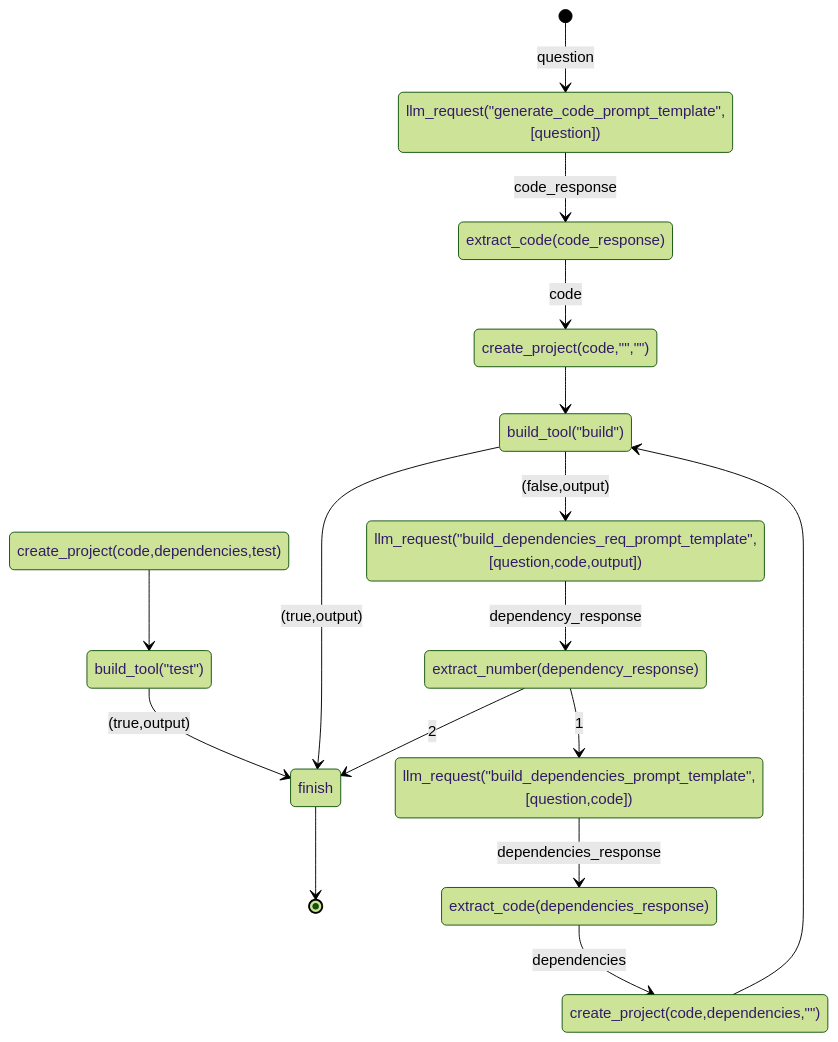
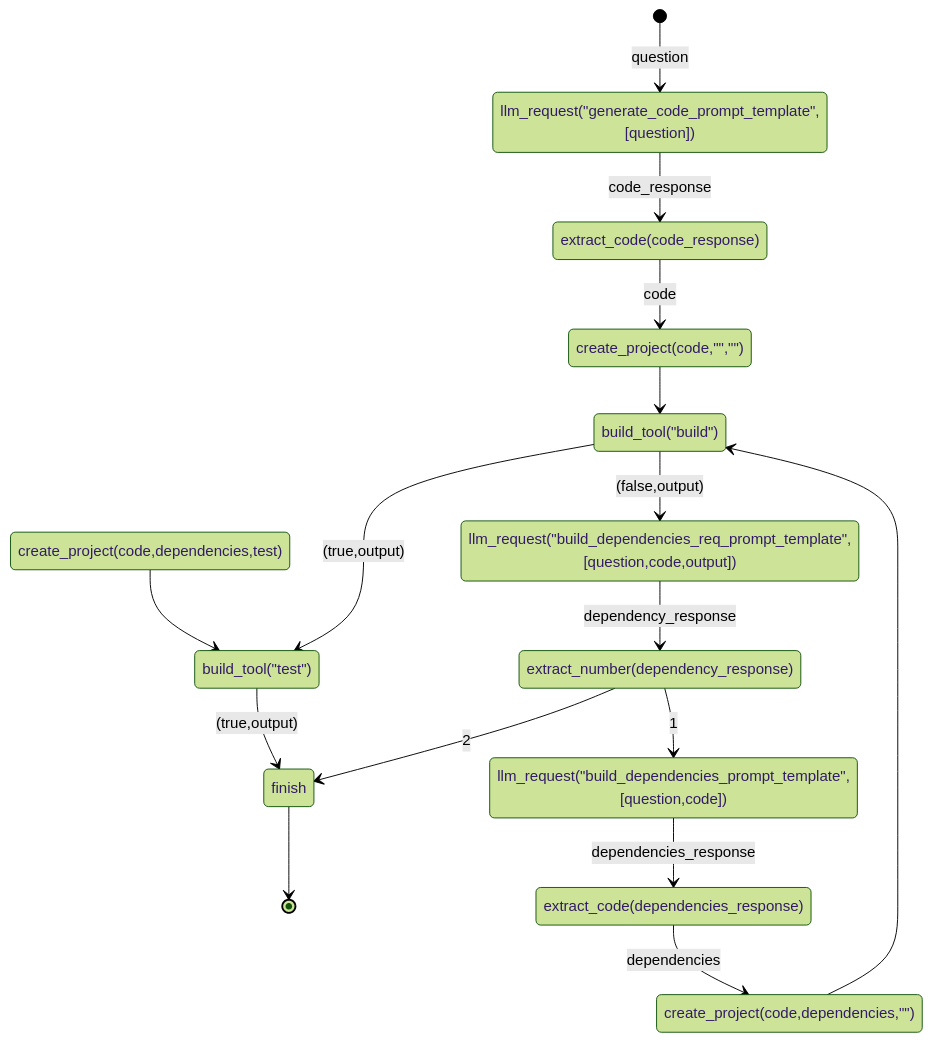
One commit to rizgan/LLM-Logic-Exec-Verify changed the diagram in state.md. Above: the diagram before and after it, drawn with Mermaid (forest theme).

Commit message:
state_machine

````diff
--- a/state.md
+++ b/state.md
@@ -1,18 +1,18 @@
 ```mermaid
 stateDiagram
 [*] --> llm_request("generate_code_prompt_template",[question]) : question
 llm_request("generate_code_prompt_template",[question]) --> extract_code(code_response) : code_response
 extract_code(code_response) --> create_project(code,"","") : code
 create_project(code,"","") --> build_tool("build")
 create_project(code,dependencies,"") --> build_tool("build")
 create_project(code,dependencies,test) --> build_tool("test")
 build_tool("test") --> finish : (true,output)
-build_tool("build") --> finish : (true,output) 
+build_tool("build") --> build_tool("test") : (true,output) 
 build_tool("build") --> llm_request("build_dependencies_req_prompt_template",[question,code,output]) : (false,output) 
 llm_request("build_dependencies_req_prompt_template",[question,code,output])  --> extract_number(dependency_response) : dependency_response
 extract_number(dependency_response) --> finish : 2
 extract_number(dependency_response) --> llm_request("build_dependencies_prompt_template",[question,code]) : 1
 llm_request("build_dependencies_prompt_template",[question,code]) --> extract_code(dependencies_response) : dependencies_response
 extract_code(dependencies_response) --> create_project(code,dependencies,"") : dependencies 
 finish --> [*]
 ```
````
